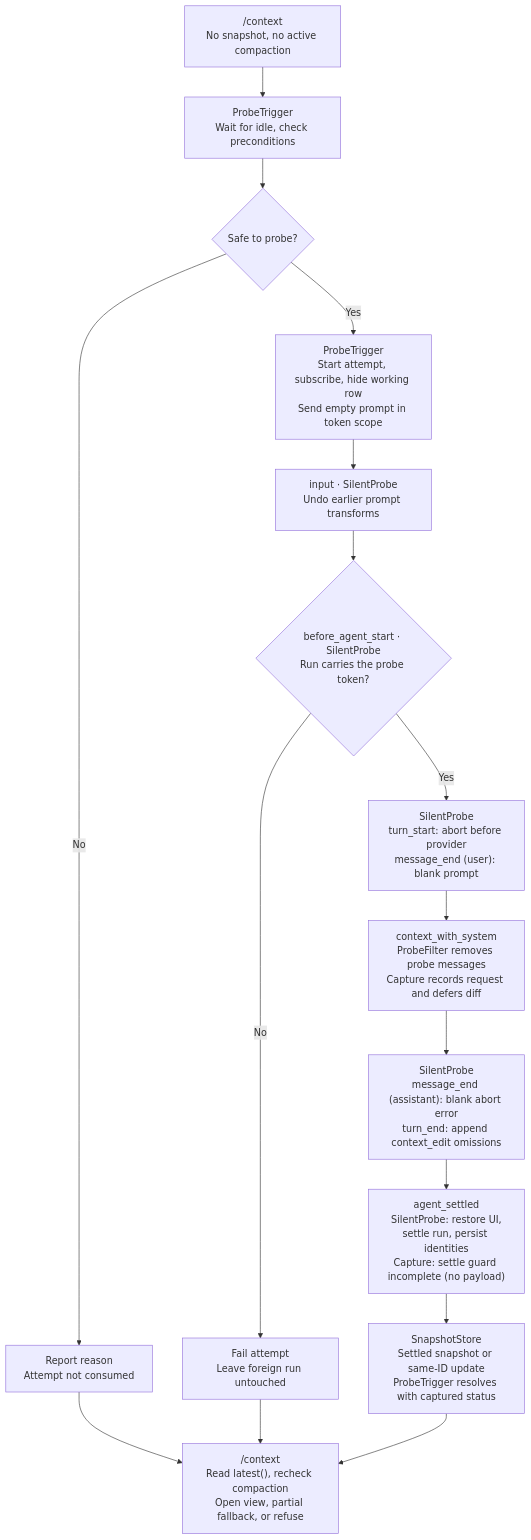
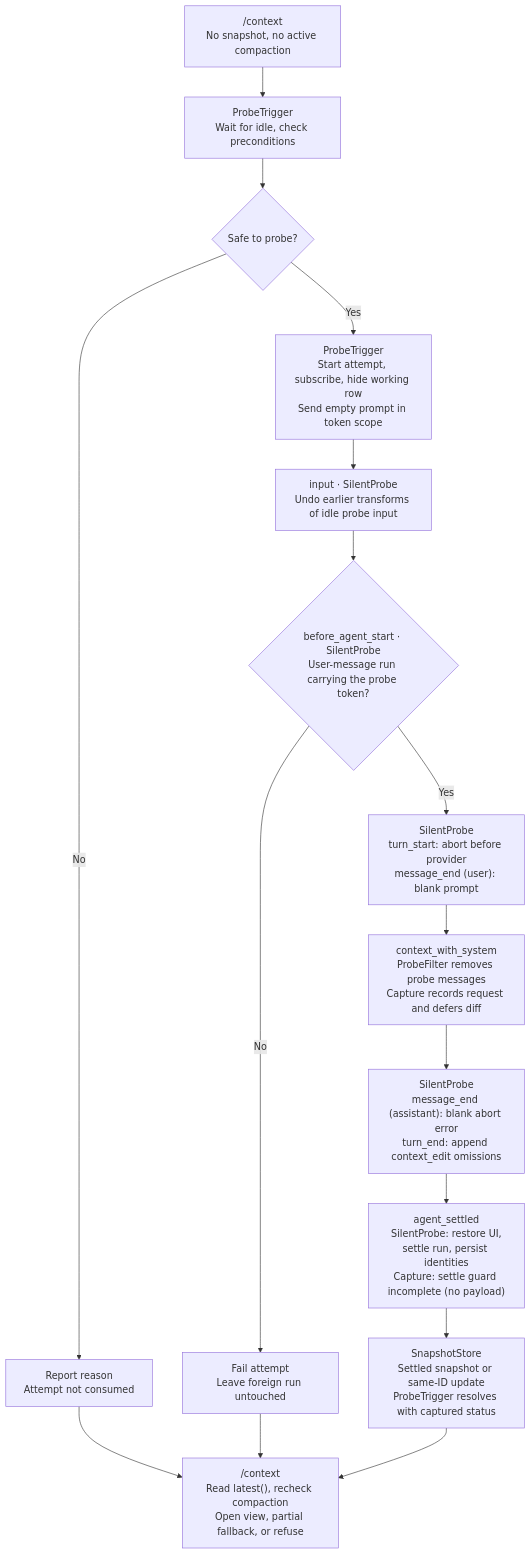
One commit to McGregorDesire/pi-context-view changed the diagram in doc/architecture/probe.md. Above: the diagram before and after it, drawn with Mermaid. The commit also changed other lines of this file and 5 other files, not shown here.

Commit message:
[doc] Describe Pi 1.2 run starts, user-only probe claims and queued messages

````diff
--- a/doc/architecture/probe.md
+++ b/doc/architecture/probe.md
@@ -54,23 +54,23 @@
 ```mermaid
 flowchart TD
     COMMAND["/context<br/>No snapshot, no active compaction"]
     CHECK["ProbeTrigger<br/>Wait for idle, check preconditions"]
     SAFE{"Safe to probe?"}
     SKIP["Report reason<br/>Attempt not consumed"]
     SEND["ProbeTrigger<br/>Start attempt, subscribe, hide working row<br/>Send empty prompt in token scope"]
-    INPUT["input · SilentProbe<br/>Undo earlier prompt transforms"]
-    OWN{"before_agent_start · SilentProbe<br/>Run carries the probe token?"}
+    INPUT["input · SilentProbe<br/>Undo earlier transforms of idle probe input"]
+    OWN{"before_agent_start · SilentProbe<br/>User-message run carrying the probe token?"}
     FOREIGN["Fail attempt<br/>Leave foreign run untouched"]
     ABORT["SilentProbe<br/>turn_start: abort before provider<br/>message_end (user): blank prompt"]
     CONTEXT["context_with_system<br/>ProbeFilter removes probe messages<br/>Capture records request and defers diff"]
     CLEANUP["SilentProbe<br/>message_end (assistant): blank abort error<br/>turn_end: append context_edit omissions"]
     SETTLE["agent_settled<br/>SilentProbe: restore UI,<br/>settle run, persist identities<br/>Capture: settle guard incomplete (no payload)"]
     SNAPSHOT["SnapshotStore<br/>Settled snapshot or same-ID update<br/>ProbeTrigger resolves with captured status"]
     FINISH["/context<br/>Read latest(), recheck compaction<br/>Open view, partial fallback, or refuse"]
 
     COMMAND --> CHECK --> SAFE
     SAFE -->|"No"| SKIP --> FINISH
     SAFE -->|"Yes"| SEND --> INPUT --> OWN
     OWN -->|"No"| FOREIGN --> FINISH
     OWN -->|"Yes"| ABORT --> CONTEXT --> CLEANUP --> SETTLE --> SNAPSHOT --> FINISH
 ```
````
